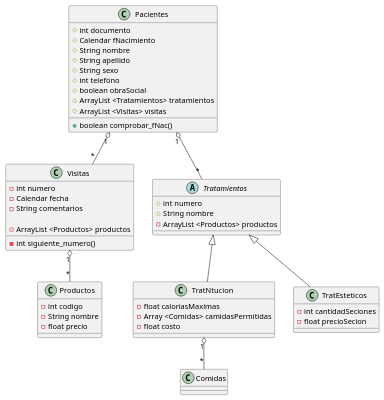
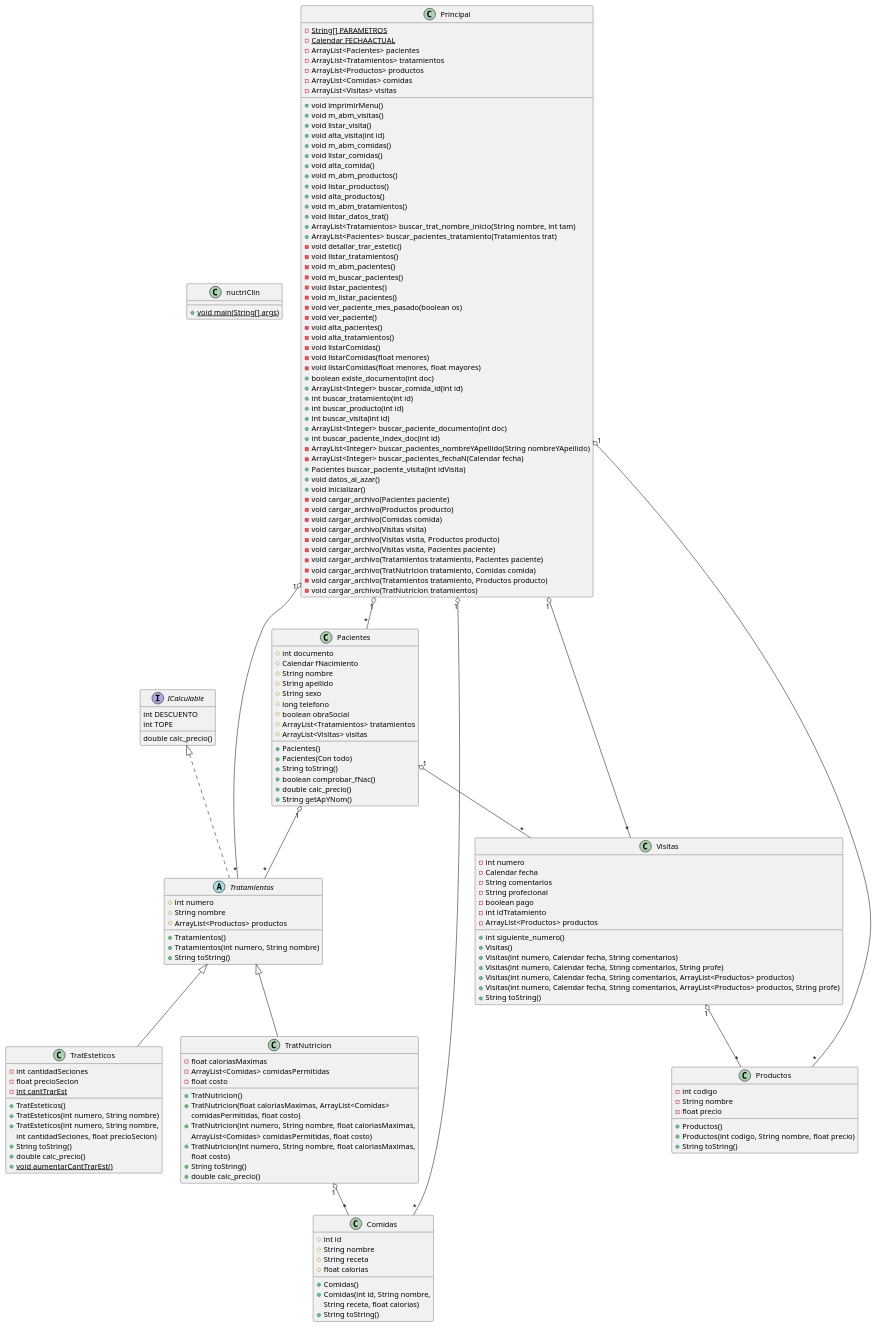
One commit to iberlot/ProgAvans changed the diagram in nutriClin/Diagramas/Clases.puml. Above: the diagram before and after it, drawn with PlantUML. The commit also changed 29 other files, not shown here.

```diff
--- a/nutriClin/Diagramas/Clases.puml
+++ b/nutriClin/Diagramas/Clases.puml
@@ -1,59 +1,182 @@
 @startuml
 
-class Pacientes {
-# int documento
-# Calendar fNacimiento
-# String nombre
-# String apellido
-# String sexo
-# int telefono
-# boolean obraSocial
-# ArrayList <Tratamientos> tratamientos
-# ArrayList <Visitas> visitas
-
-+ boolean comprobar_fNac()
+class nuctriClin [[java:nuctriClin.nuctriClin]] {
+	+{static}void main(String[] args)
 }
 
-class Visitas {
-- int numero
-- Calendar fecha
-- String comentarios
-
-- ArrayList <Productos> productos
-
-- int siguiente_numero()
-}
-
-abstract class Tratamientos {
-# int numero
-# String nombre
-- ArrayList <Productos> productos
-}
-
-class TratNtucion extends Tratamientos {
-- float caloriasMaximas
-- Array <Comidas> camidasPermitidas
-- float costo
-}
-
-class TratEsteticos extends Tratamientos {
-- int cantidadSeciones
-- float precioSecion
-}
-
-class Comidas {
-}
-
-class Productos {
-- int codigo
-- String nombre
-- float precio
+interface ICalculable [[java:nuctriClin.ICalculable]] {
+	int DESCUENTO
+	int TOPE
+	double calc_precio()
 }
 
 
-TratNtucion "1" o-- "*" Comidas
+class Principal {
+	-{static}String[] PARAMETROS
+	-{static}Calendar FECHAACTUAL
+	-ArrayList<Pacientes> pacientes
+	-ArrayList<Tratamientos> tratamientos
+	-ArrayList<Productos> productos
+	-ArrayList<Comidas> comidas
+	-ArrayList<Visitas> visitas
+	+void imprimirMenu()
+	+void m_abm_visitas()
+	+void listar_visita()
+	+void alta_visita(int id)
+	+void m_abm_comidas()
+	+void listar_comidas()
+	+void alta_comida()
+	+void m_abm_productos()
+	+void listar_productos()
+	+void alta_productos()
+	+void m_abm_tratamientos()
+	+void listar_datos_trat()
+	+ArrayList<Tratamientos> buscar_trat_nombre_inicio(String nombre, int tam)
+	+ArrayList<Pacientes> buscar_pacientes_tratamiento(Tratamientos trat)
+	-void detallar_trar_estetic()
+	-void listar_tratamientos()
+	-void m_abm_pacientes()
+	-void m_buscar_pacientes()
+	-void listar_pacientes()
+	-void m_listar_pacientes()
+	-void ver_paciente_mes_pasado(boolean os)
+	-void ver_paciente()
+	-void alta_pacientes()
+	-void alta_tratamientos()
+	-void listarComidas()
+	-void listarComidas(float menores)
+	-void listarComidas(float menores, float mayores)
+	+boolean existe_documento(int doc)
+	+ArrayList<Integer> buscar_comida_id(int id)
+	+int buscar_tratamiento(int id)
+	+int buscar_producto(int id)
+	+int buscar_visita(int id)
+	+ArrayList<Integer> buscar_paciente_documento(int doc)
+	+int buscar_paciente_index_doc(int id)
+	-ArrayList<Integer> buscar_pacientes_nombreYApellido(String nombreYApellido)
+	-ArrayList<Integer> buscar_pacientes_fechaN(Calendar fecha)
+	+Pacientes buscar_paciente_visita(int idVisita)
+	+void datos_al_azar()
+	+void inicializar()
+	-void cargar_archivo(Pacientes paciente)
+	-void cargar_archivo(Productos producto)
+	-void cargar_archivo(Comidas comida)
+	-void cargar_archivo(Visitas visita)
+	-void cargar_archivo(Visitas visita, Productos producto)
+	-void cargar_archivo(Visitas visita, Pacientes paciente)
+	-void cargar_archivo(Tratamientos tratamiento, Pacientes paciente)
+	-void cargar_archivo(TratNutricion tratamiento, Comidas comida)
+	-void cargar_archivo(Tratamientos tratamiento, Productos producto)
+	-void cargar_archivo(TratNutricion tratamientos)
+}
+
+
+class Visitas  {
+	-int numero
+	-Calendar fecha
+	-String comentarios
+	-String profecional
+	-boolean pago
+	-int idTratamiento
+	-ArrayList<Productos> productos
+	+int siguiente_numero()
+	+Visitas()
+	+Visitas(int numero, Calendar fecha, String comentarios)
+	+Visitas(int numero, Calendar fecha, String comentarios, String profe)
+	+Visitas(int numero, Calendar fecha, String comentarios, ArrayList<Productos> productos)
+	+Visitas(int numero, Calendar fecha, String comentarios, ArrayList<Productos> productos, String profe)
+	+String toString()
+}
+class Pacientes {
+	#int documento
+	#Calendar fNacimiento
+	#String nombre
+	#String apellido
+	#String sexo
+	#long telefono
+	#boolean obraSocial
+	#ArrayList<Tratamientos> tratamientos
+	#ArrayList<Visitas> visitas
+	+Pacientes()
+	+Pacientes(Con todo)
+	+String toString()
+	+boolean comprobar_fNac()
+	+double calc_precio()
+	+String getApYNom()
+}
+abstract class Tratamientos{
+	#int numero
+	#String nombre
+	#ArrayList<Productos> productos
+	+Tratamientos()
+	+Tratamientos(int numero, String nombre)
+	+String toString()
+}
+class TratEsteticos {
+	-int cantidadSeciones
+	-float precioSecion
+	-{static}int cantTrarEst
+	+TratEsteticos()
+	+TratEsteticos(int numero, String nombre)
+	+TratEsteticos(int numero, String nombre,
+	 int cantidadSeciones, float precioSecion)
+	+String toString()
+	+double calc_precio()
+	+{static}void aumentarCantTrarEst()
+}
+
+class TratNutricion  {
+	-float caloriasMaximas
+	-ArrayList<Comidas> comidasPermitidas
+	-float costo
+	+TratNutricion()
+	+TratNutricion(float caloriasMaximas, ArrayList<Comidas> 
+	comidasPermitidas, float costo)
+	+TratNutricion(int numero, String nombre, float caloriasMaximas,
+	 ArrayList<Comidas> comidasPermitidas, float costo)
+	+TratNutricion(int numero, String nombre, float caloriasMaximas,
+	 float costo)
+	+String toString()
+	+double calc_precio()
+}
+class Comidas {
+	#int id
+	#String nombre
+	#String receta
+	#float calorias
+	+Comidas()
+	+Comidas(int id, String nombre, 
+	String receta, float calorias)
+	+String toString()
+}
+class Productos {
+	-int codigo
+	-String nombre
+	-float precio
+	+Productos()
+	+Productos(int codigo, String nombre, float precio)
+	+String toString()
+}
+
+
+
+
+
+
+
+Tratamientos <|-- TratEsteticos
+Tratamientos <|-- TratNutricion
+ICalculable <|.. Tratamientos
+
+TratNutricion "1" o-- "*" Comidas
 Pacientes "1" o-- "*" Tratamientos
 Pacientes "1" o-- "*" Visitas
 Visitas "1" o-- "*" Productos
 
+Principal "1" o-- "*" Pacientes
+Principal "1" o-- "*" Productos
+Principal "1" o-- "*" Comidas
+Principal "1" o-- "*" Visitas
+Principal "1" o-- "*" Tratamientos
+
 @enduml
```
